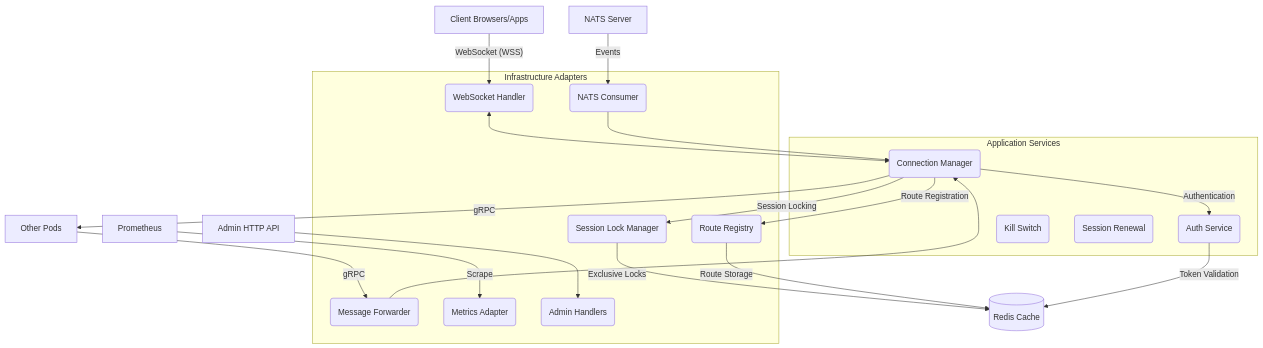
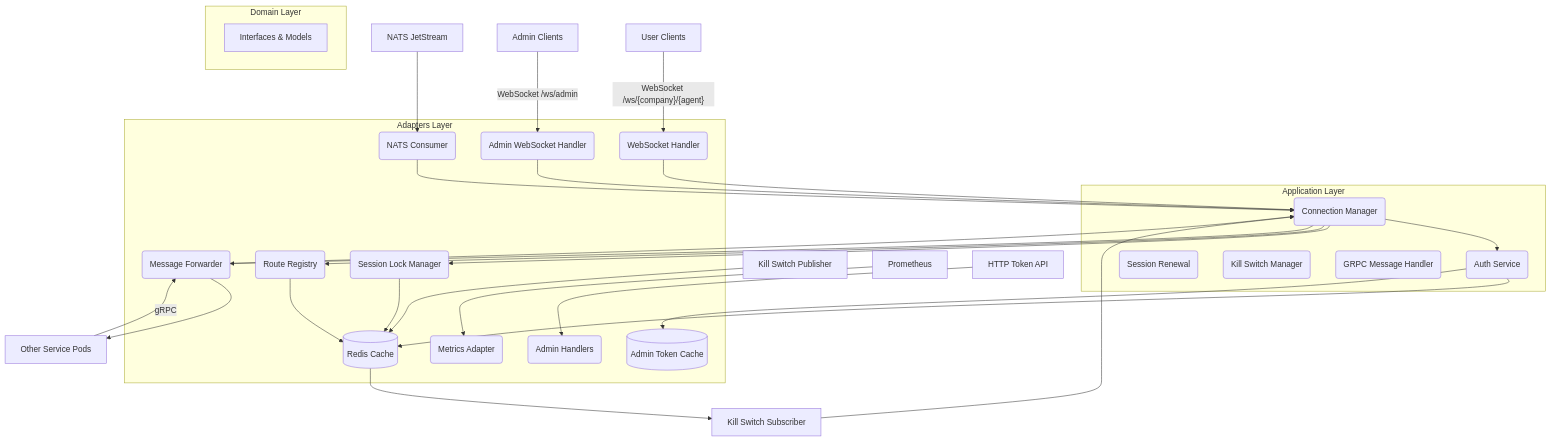
The first of 4 diagrams in docs/system_architecture.md (ridhomain/dws), drawn with Mermaid before and after one commit. The commit also changed other lines of this file and 2 other files, not shown here.

````diff
--- a/docs/system_architecture.md
+++ b/docs/system_architecture.md
@@ -22,43 +24,60 @@
 ```mermaid
 graph TD
-    A[Client Browsers/Apps] -- "WebSocket (WSS)" --> B(WebSocket Handler)
-    B <--> C(Connection Manager)
+    A[User Clients] -- "WebSocket /ws/{company}/{agent}" --> B(WebSocket Handler)
+    A2[Admin Clients] -- "WebSocket /ws/admin" --> B2(Admin WebSocket Handler)
     
-    C -- "Authentication" --> D(Auth Service)
-    D -- "Token Validation" --> E[(Redis Cache)]
+    B --> C(Connection Manager)
+    B2 --> C
     
-    C -- "Session Locking" --> F(Session Lock Manager)
-    F -- "Exclusive Locks" --> E
+    C --> D(Auth Service)
+    D --> E[(Redis Cache)]
+    D --> E2[(Admin Token Cache)]
     
-    C -- "Route Registration" --> G(Route Registry)
-    G -- "Route Storage" --> E
+    C --> F(Session Lock Manager)
+    F --> E
     
-    H[NATS Server] -- "Events" --> I(NATS Consumer)
+    C --> G(Route Registry)
+    G --> E
+    
+    H[NATS JetStream] --> I(NATS Consumer)
     I --> C
     
-    J[Other Pods] -- "gRPC" --> K(Message Forwarder)
+    J[Other Service Pods] -- "gRPC" --> K(Message Forwarder)
     K --> C
     
-    C -- "gRPC" --> J
+    C --> K
+    K --> J
     
-    L[Prometheus] -- "Scrape" --> M(Metrics Adapter)
+    L[Kill Switch Publisher] --> E
+    E --> M[Kill Switch Subscriber]
+    M --> C
     
-    N[Admin HTTP API] --> O(Admin Handlers)
+    N[Prometheus] --> O(Metrics Adapter)
     
-    subgraph Application Services
+    P[HTTP Token API] --> Q(Admin Handlers)
+    
+    subgraph "Application Layer"
         C
         D
-        P(Kill Switch)
-        Q(Session Renewal)
+        R(Session Renewal)
+        S(Kill Switch Manager)
+        T(GRPC Message Handler)
     end
     
-    subgraph Infrastructure Adapters
+    subgraph "Adapters Layer"
         B
+        B2
         F
         G
         I
         K
-        M
         O
+        Q
+        E
+        E2
+    end
+    
+    subgraph "Domain Layer"
+        U[Interfaces & Models]
     end
 ```
````
